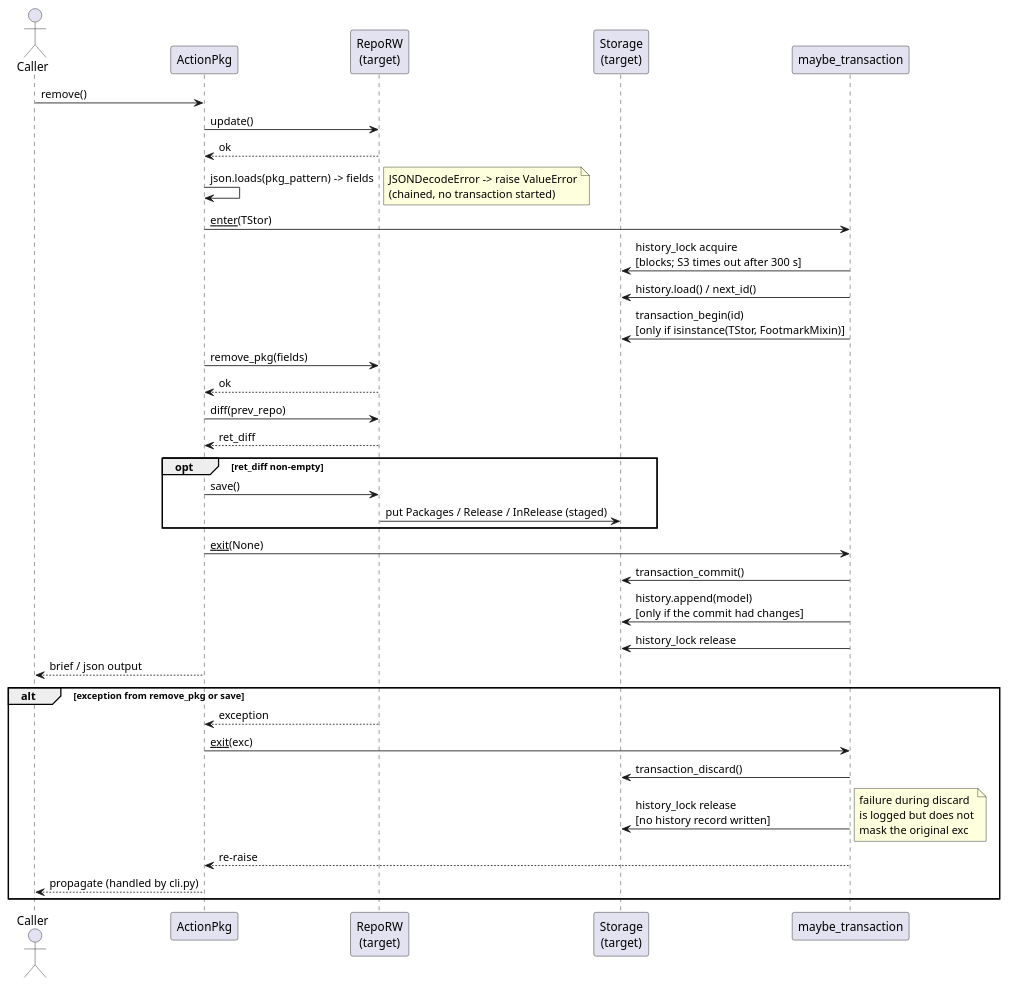
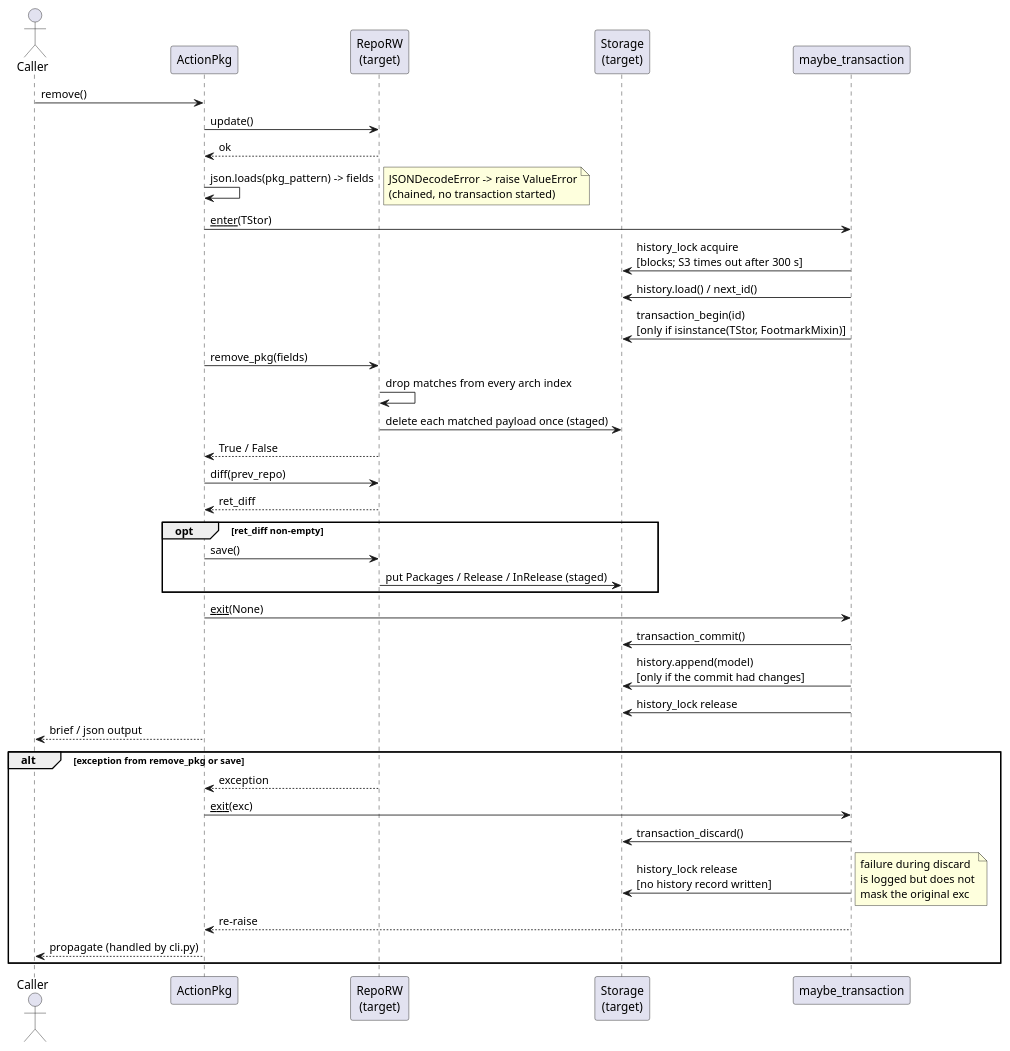
One commit to vinklat/debkit changed the diagram in docs/development/diagrams/action-pkg-remove-sequence.puml. Above: the diagram before and after it, drawn with PlantUML. The commit also changed 12 other files, not shown here.

First line of the commit message:
Delete each removed payload once from RepoRW.remove_pkg

```diff
--- a/docs/development/diagrams/action-pkg-remove-sequence.puml
+++ b/docs/development/diagrams/action-pkg-remove-sequence.puml
@@ -1,49 +1,51 @@
 @startuml
 actor Caller
 participant ActionPkg
 participant "RepoRW\n(target)" as Tgt
 participant "Storage\n(target)" as TStor
 participant "maybe_transaction" as CM
 
 Caller -> ActionPkg: remove()
 
 ActionPkg -> Tgt: update()
 Tgt --> ActionPkg: ok
 
 ActionPkg -> ActionPkg: json.loads(pkg_pattern) -> fields
 note right
   JSONDecodeError -> raise ValueError
   (chained, no transaction started)
 end note
 
 ActionPkg -> CM: __enter__(TStor)
 CM -> TStor: history_lock acquire\n[blocks; S3 times out after 300 s]
 CM -> TStor: history.load() / next_id()
 CM -> TStor: transaction_begin(id)\n[only if isinstance(TStor, FootmarkMixin)]
 
 ActionPkg -> Tgt: remove_pkg(fields)
-Tgt --> ActionPkg: ok
+Tgt -> Tgt: drop matches from every arch index
+Tgt -> TStor: delete each matched payload once (staged)
+Tgt --> ActionPkg: True / False
 ActionPkg -> Tgt: diff(prev_repo)
 Tgt --> ActionPkg: ret_diff
 opt ret_diff non-empty
   ActionPkg -> Tgt: save()
   Tgt -> TStor: put Packages / Release / InRelease (staged)
 end
 
 ActionPkg -> CM: __exit__(None)
 CM -> TStor: transaction_commit()
 CM -> TStor: history.append(model)\n[only if the commit had changes]
 CM -> TStor: history_lock release
 
 ActionPkg --> Caller: brief / json output
 
 alt exception from remove_pkg or save
   Tgt --> ActionPkg: exception
   ActionPkg -> CM: __exit__(exc)
   CM -> TStor: transaction_discard()
   CM -> TStor: history_lock release\n[no history record written]
   note right: failure during discard\nis logged but does not\nmask the original exc
   CM --> ActionPkg: re-raise
   ActionPkg --> Caller: propagate (handled by cli.py)
 end
 @enduml
```
